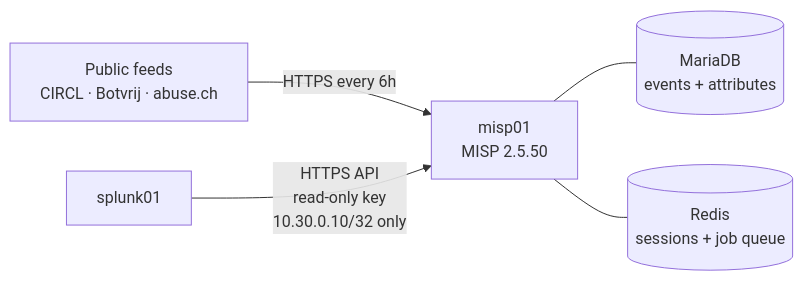
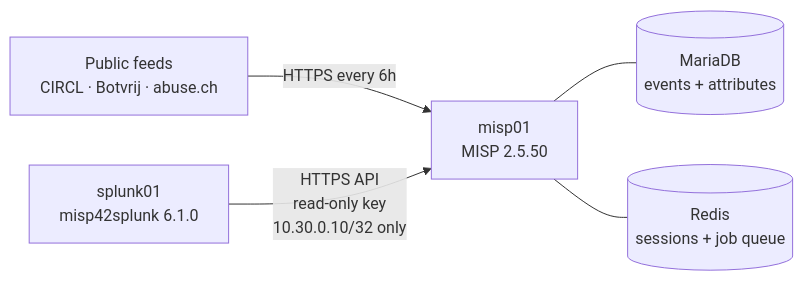
The diagram in build-log/13-misp.md (caleb57912/SOC-Homelab), drawn with Mermaid before and after one commit. The commit also changed other lines of this file and 2 other files, not shown here.

Commit message:
2.6 MISP: misp42splunk integration, abuse.ch publishing and tags, duplicate feed fix

````diff
--- a/build-log/13-misp.md
+++ b/build-log/13-misp.md
@@ -5,7 +5,7 @@
 ```mermaid
 flowchart LR
     F[Public feeds<br/>CIRCL · Botvrij · abuse.ch] -->|HTTPS every 6h| M[misp01<br/>MISP 2.5.50]
     M --- DB[(MariaDB<br/>events + attributes)]
     M --- R[(Redis<br/>sessions + job queue)]
-    S[splunk01] -->|HTTPS API<br/>read-only key<br/>10.30.0.10/32 only| M
+    S[splunk01<br/>misp42splunk 6.1.0] -->|HTTPS API<br/>read-only key<br/>10.30.0.10/32 only| M
 ```
````
